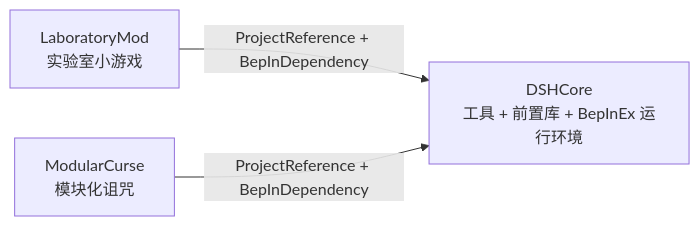
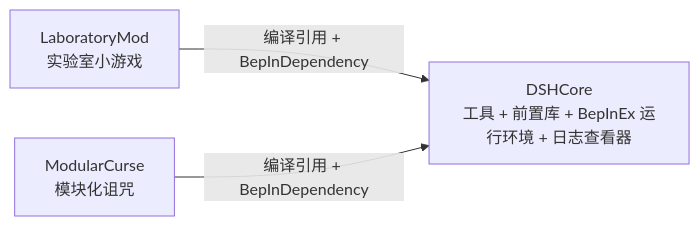
One commit to Alhugh233/MVZ2Mod changed the diagram in readme.md. Above: the diagram before and after it, drawn with Mermaid. The commit also changed other lines of this file and 26 other files, not shown here.

````diff
--- a/readme.md
+++ b/readme.md
@@ -23,8 +23,8 @@
 ```mermaid
 flowchart LR
-    C["DSHCore<br/>工具 + 前置库 + BepInEx 运行环境"]
+    C["DSHCore<br/>工具 + 前置库 + BepInEx 运行环境 + 日志查看器"]
     L["LaboratoryMod<br/>实验室小游戏"]
     M["ModularCurse<br/>模块化诅咒"]
-    L -->|ProjectReference + BepInDependency| C
-    M -->|ProjectReference + BepInDependency| C
+    L -->|编译引用 + BepInDependency| C
+    M -->|编译引用 + BepInDependency| C
 ```
````
